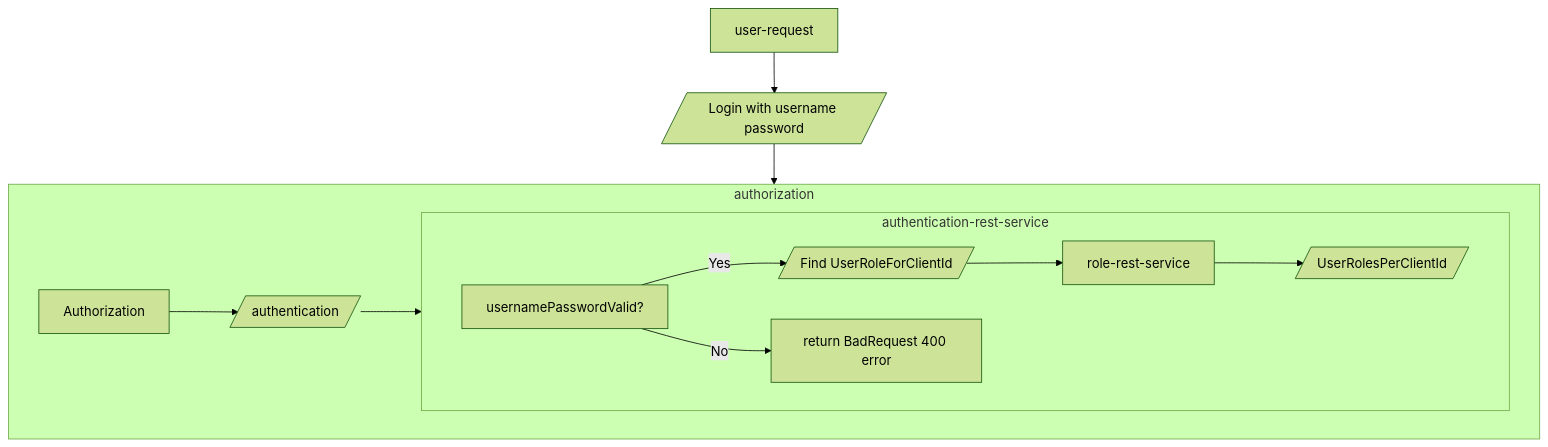
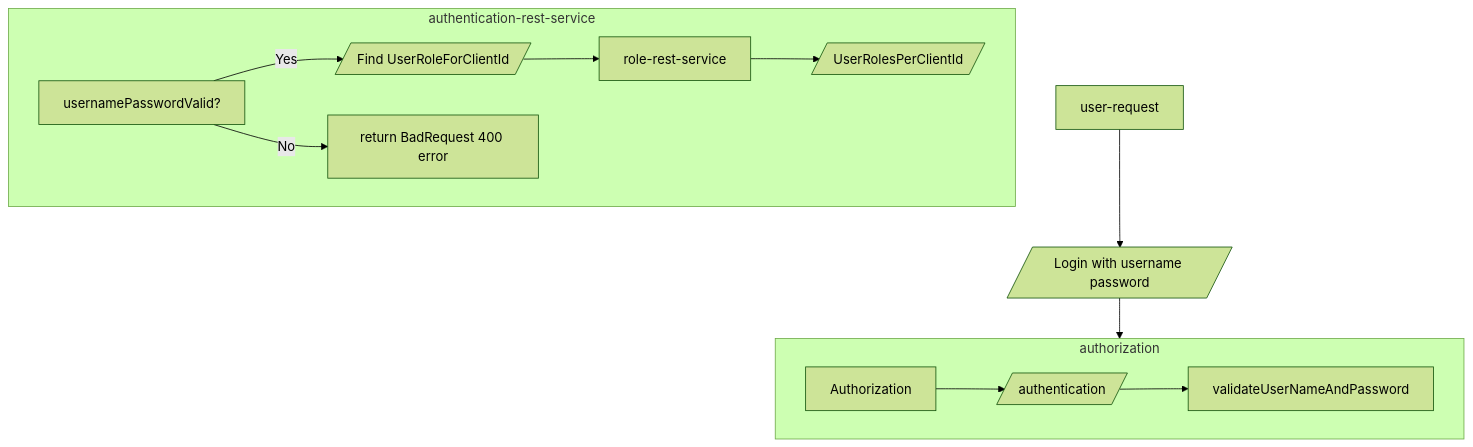
The diagram in README.md (sonamsamdupkhangsar/spring-authorization-serve), drawn with Mermaid (forest theme) before and after one commit.

````diff
--- a/README.md
+++ b/README.md
@@ -35,16 +35,16 @@
 ```mermaid
 flowchart TD
  User[user-request] -->login[/Login with username password/]--> authorization[Authorization]
  
  subgraph authorization
- Authorization-->authenticate[/authentication/]--> authentication
+ Authorization-->authenticate[/authentication/]--> validateUserNameAndPassword
  end
  
  subgraph authentication[authentication-rest-service]
  validateUsernameAndPassword["usernamePasswordValid?"]
  validateUsernameAndPassword -->|Yes| getUserRoleForClientId[/Find UserRoleForClientId/]
  validateUsernameAndPassword -->|No| returnError[return BadRequest 400 error]
  getUserRoleForClientId --> role-rest-service--> roles[/UserRolesPerClientId/]
    
  end 
 ```
````
